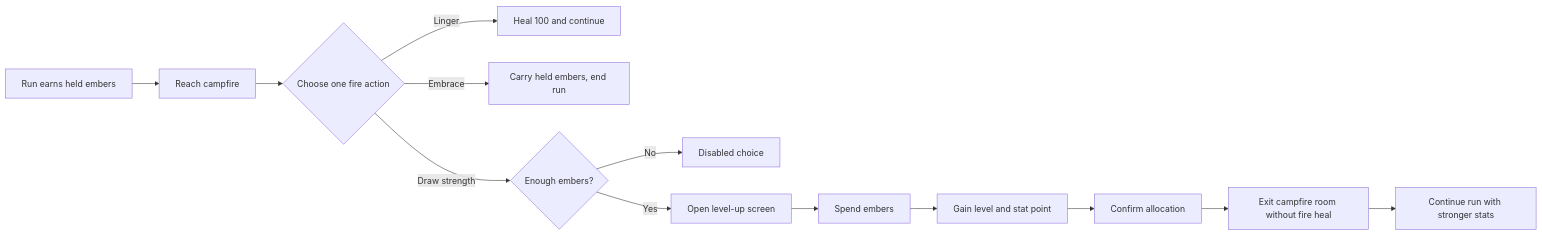
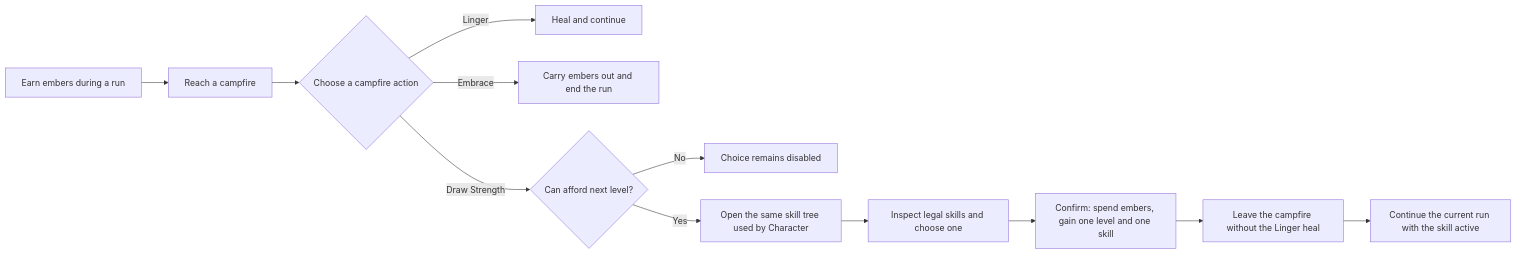
The first of 2 diagrams in spec/meta_leveling.md (tyborg13/Labyrinth), drawn with Mermaid before and after one commit. The commit also changed other lines of this file and 208 other files, not shown here.

Commit message:
Implement qualitative skill tree progression

````diff
--- a/spec/meta_leveling.md
+++ b/spec/meta_leveling.md
@@ -36,15 +40,14 @@
 ```mermaid
 flowchart LR
-    A["Run earns held embers"] --> B["Reach campfire"]
-    B --> C{"Choose one fire action"}
-    C -->|"Linger"| D["Heal 100 and continue"]
-    C -->|"Embrace"| E["Carry held embers, end run"]
-    C -->|"Draw strength"| F{"Enough embers?"}
-    F -->|"No"| G["Disabled choice"]
-    F -->|"Yes"| H["Open level-up screen"]
-    H --> I["Spend embers"]
-    I --> J["Gain level and stat point"]
-    J --> K["Confirm allocation"]
-    K --> L["Exit campfire room without fire heal"]
-    L --> M["Continue run with stronger stats"]
+    A["Earn embers during a run"] --> B["Reach a campfire"]
+    B --> C{"Choose a campfire action"}
+    C -->|"Linger"| D["Heal and continue"]
+    C -->|"Embrace"| E["Carry embers out and end the run"]
+    C -->|"Draw Strength"| F{"Can afford next level?"}
+    F -->|"No"| G["Choice remains disabled"]
+    F -->|"Yes"| H["Open the same skill tree used by Character"]
+    H --> I["Inspect legal skills and choose one"]
+    I --> J["Confirm: spend embers, gain one level and one skill"]
+    J --> K["Leave the campfire without the Linger heal"]
+    K --> L["Continue the current run with the skill active"]
 ```
````
